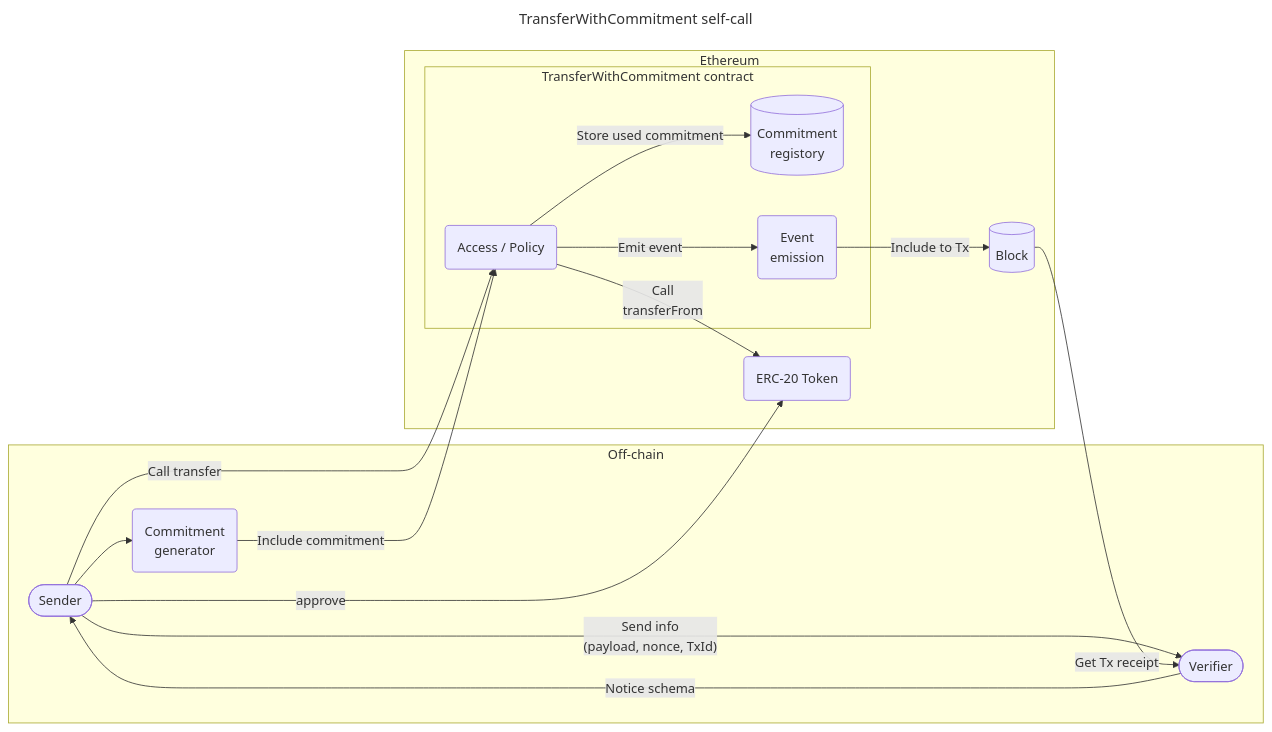
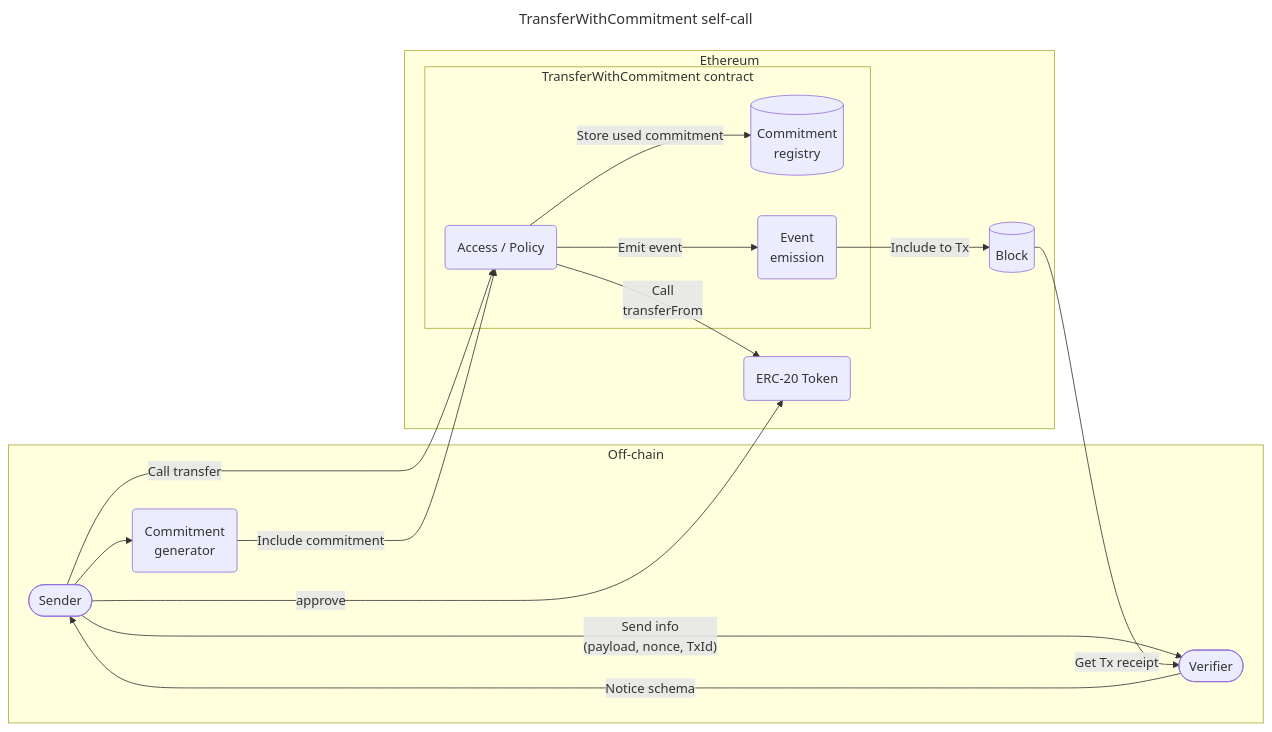
The first of 5 diagrams in README.md (Bunsan-Pay/TransferWithCommitment), drawn with Mermaid before and after one commit. The commit also changed other lines of this file and 240 other files, not shown here.

````diff
--- a/README.md
+++ b/README.md
@@ -28,31 +30,31 @@
 ```mermaid
 ---
 title: TransferWithCommitment self-call
 ---
 graph LR
     subgraph Offchain[Off-chain]
         Sender([Sender])
         Verifier([Verifier])
         Proof(Commitment<br/>generator)
     end
     subgraph Onchain[Ethereum]
-        subgraph Extention[TransferWithCommitment contract]
+        subgraph Extension[TransferWithCommitment contract]
             Access(Access / Policy)
-            Commit[(Commitment<br/>registory)]
+            Commit[(Commitment<br/>registry)]
             Event(Event<br/>emission)
         end
         Token(ERC-20 Token)
         Block[(Block)]
     end
     Sender -->|Call transfer| Access
     Sender -->|"Send info<br/>(payload, nonce, TxId)"| Verifier
     Sender -->Proof
     Proof -->|Include commitment| Access
     Access -->|Store used commitment| Commit
     Access -->|Emit event| Event
     Event -->|Include to Tx| Block
     Block -->|Get Tx receipt| Verifier
     Sender -->|approve| Token
     Access -->|Call<br/>transferFrom| Token
     Verifier -->|Notice schema| Sender
 ```
````
